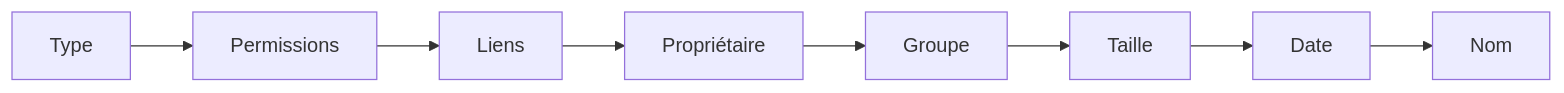
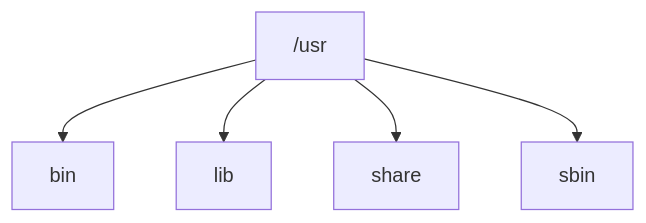
The second of 15 diagrams in campagne 1/1.6.md (tdelaclos/formations), drawn with Mermaid before and after one commit. The commit also changed other lines of this file, not shown here.

````diff
--- a/campagne 1/1.6.md
+++ b/campagne 1/1.6.md
@@ -136,21 +226,13 @@
 ```mermaid
-flowchart LR
+flowchart TD
 
-A["Type"]
+A["/usr"]
 
-B["Permissions"]
+A --> B["bin"]
 
-C["Liens"]
+A --> C["lib"]
 
-D["Propriétaire"]
+A --> D["share"]
 
-E["Groupe"]
-
-F["Taille"]
-
-G["Date"]
-
-H["Nom"]
-
-A --> B --> C --> D --> E --> F --> G --> H
+A --> E["sbin"]
 ```
````
